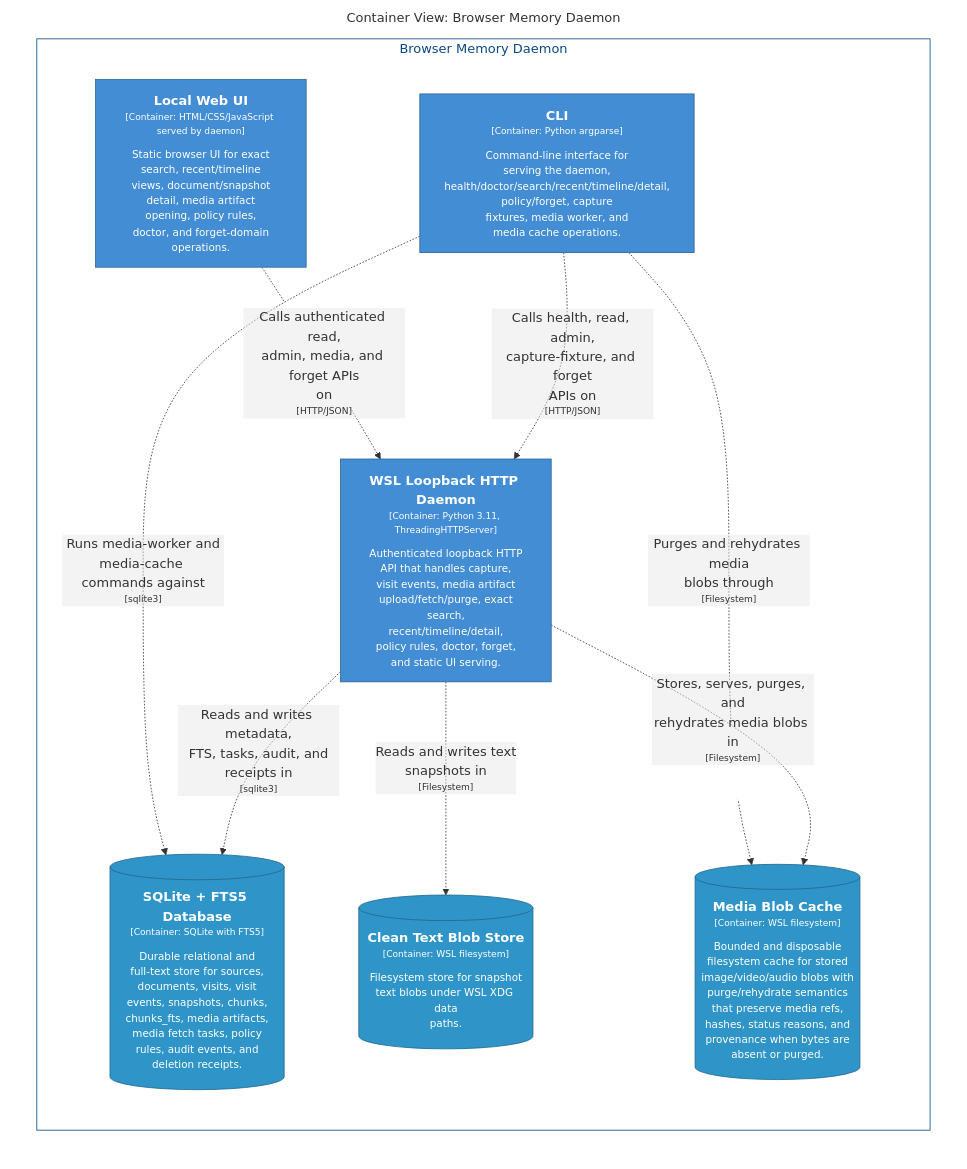
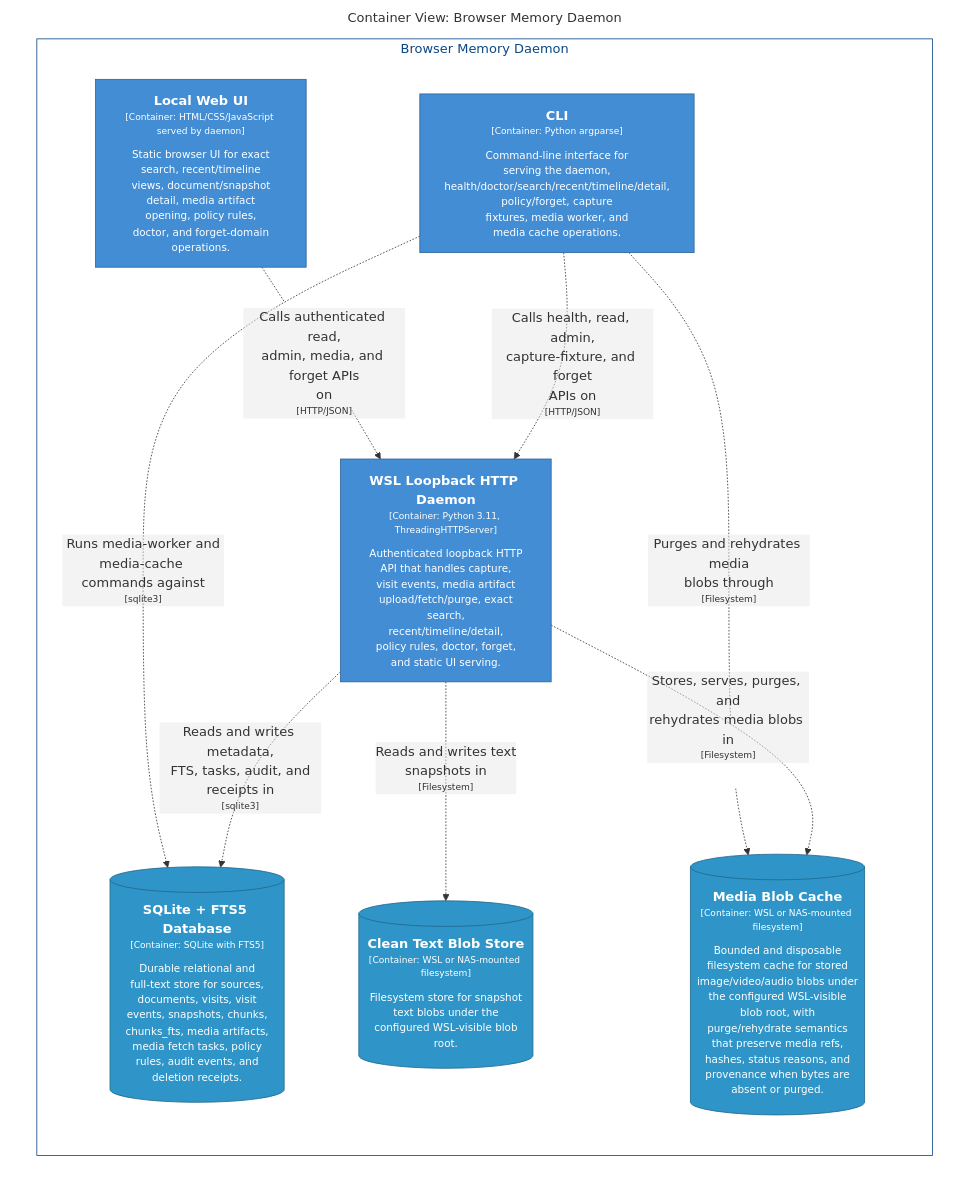
Before and after one commit to michaelnicks0/browser-memory-daemon: the diagram in docs/architecture/diagrams/markdown/OpsContainers.md, drawn with Mermaid. The commit also changed 148 other files, not shown here.

Commit message:
feat: support NAS-backed blob root

````diff
--- a/docs/architecture/diagrams/markdown/OpsContainers.md
+++ b/docs/architecture/diagrams/markdown/OpsContainers.md
@@ -16,34 +16,34 @@
 ```mermaid
 graph LR
   linkStyle default fill:#ffffff
 
   subgraph diagram ["Container View: Browser Memory Daemon"]
     style diagram fill:#ffffff,stroke:#ffffff
 
     subgraph 4 ["Browser Memory Daemon"]
       style 4 fill:#ffffff,stroke:#0b4884,color:#0b4884
 
       14["<div style='font-weight: bold'>WSL Loopback HTTP Daemon</div><div style='font-size: 70%; margin-top: 0px'>[Container: Python 3.11, ThreadingHTTPServer]</div><div style='font-size: 80%; margin-top:10px'>Authenticated loopback HTTP<br />API that handles capture,<br />visit events, media artifact<br />upload/fetch/purge, exact<br />search,<br />recent/timeline/detail,<br />policy rules, doctor, forget,<br />and static UI serving.</div>"]
       style 14 fill:#438dd5,stroke:#2e6295,color:#ffffff
       25["<div style='font-weight: bold'>Local Web UI</div><div style='font-size: 70%; margin-top: 0px'>[Container: HTML/CSS/JavaScript served by daemon]</div><div style='font-size: 80%; margin-top:10px'>Static browser UI for exact<br />search, recent/timeline<br />views, document/snapshot<br />detail, media artifact<br />opening, policy rules,<br />doctor, and forget-domain<br />operations.</div>"]
       style 25 fill:#438dd5,stroke:#2e6295,color:#ffffff
       26["<div style='font-weight: bold'>CLI</div><div style='font-size: 70%; margin-top: 0px'>[Container: Python argparse]</div><div style='font-size: 80%; margin-top:10px'>Command-line interface for<br />serving the daemon,<br />health/doctor/search/recent/timeline/detail,<br />policy/forget, capture<br />fixtures, media worker, and<br />media cache operations.</div>"]
       style 26 fill:#438dd5,stroke:#2e6295,color:#ffffff
       27[("<div style='font-weight: bold'>SQLite + FTS5 Database</div><div style='font-size: 70%; margin-top: 0px'>[Container: SQLite with FTS5]</div><div style='font-size: 80%; margin-top:10px'>Durable relational and<br />full-text store for sources,<br />documents, visits, visit<br />events, snapshots, chunks,<br />chunks_fts, media artifacts,<br />media fetch tasks, policy<br />rules, audit events, and<br />deletion receipts.</div>")]
       style 27 fill:#2f95c8,stroke:#20688c,color:#ffffff
-      28[("<div style='font-weight: bold'>Clean Text Blob Store</div><div style='font-size: 70%; margin-top: 0px'>[Container: WSL filesystem]</div><div style='font-size: 80%; margin-top:10px'>Filesystem store for snapshot<br />text blobs under WSL XDG data<br />paths.</div>")]
+      28[("<div style='font-weight: bold'>Clean Text Blob Store</div><div style='font-size: 70%; margin-top: 0px'>[Container: WSL or NAS-mounted filesystem]</div><div style='font-size: 80%; margin-top:10px'>Filesystem store for snapshot<br />text blobs under the<br />configured WSL-visible blob<br />root.</div>")]
       style 28 fill:#2f95c8,stroke:#20688c,color:#ffffff
-      29[("<div style='font-weight: bold'>Media Blob Cache</div><div style='font-size: 70%; margin-top: 0px'>[Container: WSL filesystem]</div><div style='font-size: 80%; margin-top:10px'>Bounded and disposable<br />filesystem cache for stored<br />image/video/audio blobs with<br />purge/rehydrate semantics<br />that preserve media refs,<br />hashes, status reasons, and<br />provenance when bytes are<br />absent or purged.</div>")]
+      29[("<div style='font-weight: bold'>Media Blob Cache</div><div style='font-size: 70%; margin-top: 0px'>[Container: WSL or NAS-mounted filesystem]</div><div style='font-size: 80%; margin-top:10px'>Bounded and disposable<br />filesystem cache for stored<br />image/video/audio blobs under<br />the configured WSL-visible<br />blob root, with<br />purge/rehydrate semantics<br />that preserve media refs,<br />hashes, status reasons, and<br />provenance when bytes are<br />absent or purged.</div>")]
       style 29 fill:#2f95c8,stroke:#20688c,color:#ffffff
     end
 
     25-. "<div>Calls authenticated read,<br />admin, media, and forget APIs<br />on</div><div style='font-size: 70%'>[HTTP/JSON]</div>" .->14
     26-. "<div>Calls health, read, admin,<br />capture-fixture, and forget<br />APIs on</div><div style='font-size: 70%'>[HTTP/JSON]</div>" .->14
     26-. "<div>Runs media-worker and<br />media-cache commands against</div><div style='font-size: 70%'>[sqlite3]</div>" .->27
     26-. "<div>Purges and rehydrates media<br />blobs through</div><div style='font-size: 70%'>[Filesystem]</div>" .->29
     14-. "<div>Reads and writes metadata,<br />FTS, tasks, audit, and<br />receipts in</div><div style='font-size: 70%'>[sqlite3]</div>" .->27
     14-. "<div>Reads and writes text<br />snapshots in</div><div style='font-size: 70%'>[Filesystem]</div>" .->28
     14-. "<div>Stores, serves, purges, and<br />rehydrates media blobs in</div><div style='font-size: 70%'>[Filesystem]</div>" .->29
 
   end
 ```
````
